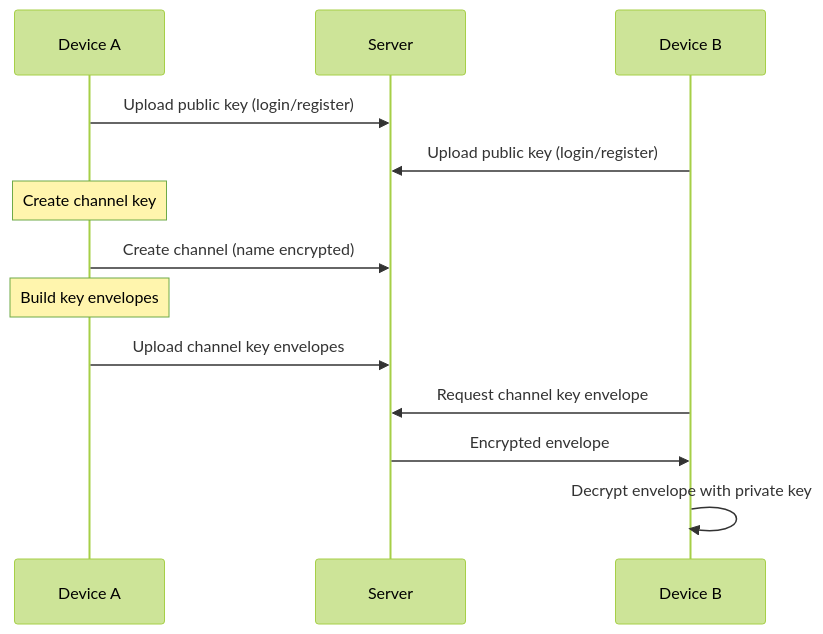
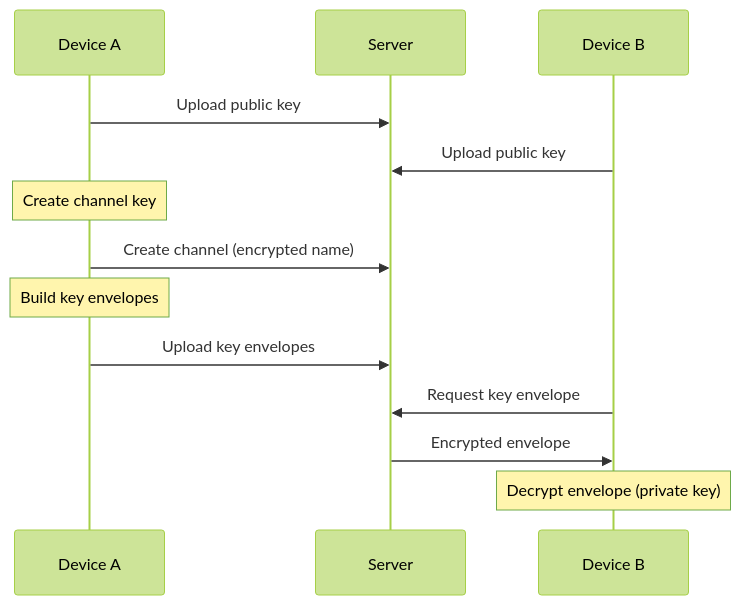
Before and after one commit to Avicted/dialtone: the second of 2 diagrams in docs/ENCRYPTION_FLOW.md, drawn with Mermaid (forest theme). The commit also changed other lines of this file, not shown here.

Commit message:
Docs: mermaid diagram update

````diff
--- a/docs/ENCRYPTION_FLOW.md
+++ b/docs/ENCRYPTION_FLOW.md
@@ -52,19 +55,19 @@
 ```mermaid
 sequenceDiagram
     participant DeviceA as Device A
     participant Server
     participant DeviceB as Device B
 
-    DeviceA->>Server: Upload public key (login/register)
-    DeviceB->>Server: Upload public key (login/register)
+  DeviceA->>Server: Upload public key
+  DeviceB->>Server: Upload public key
 
     Note over DeviceA: Create channel key
-    DeviceA->>Server: Create channel (name encrypted)
+  DeviceA->>Server: Create channel (encrypted name)
 
     Note over DeviceA: Build key envelopes
-    DeviceA->>Server: Upload channel key envelopes
+  DeviceA->>Server: Upload key envelopes
 
-    DeviceB->>Server: Request channel key envelope
+  DeviceB->>Server: Request key envelope
     Server->>DeviceB: Encrypted envelope
-    DeviceB->>DeviceB: Decrypt envelope with private key
+    Note over DeviceB: Decrypt envelope (private key)
 ```
````
